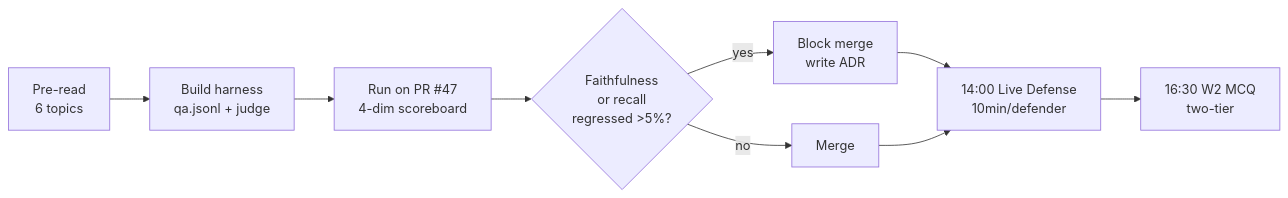
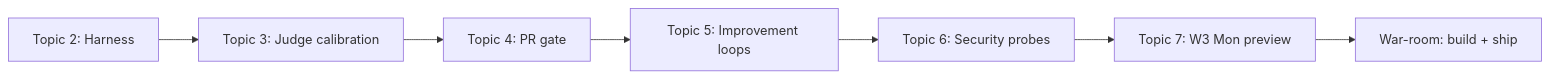
One commit to KarsunFDE/content changed the diagram in W02/pre-session/5-Friday/1-DailyTopicOverview.md. Above: the diagram before and after it, drawn with Mermaid. The commit also changed other lines of this file and 12 other files, not shown here.

````diff
--- a/W02/pre-session/5-Friday/1-DailyTopicOverview.md
+++ b/W02/pre-session/5-Friday/1-DailyTopicOverview.md
@@ -22,11 +34,9 @@
 ```mermaid
 graph LR
-    A[Pre-read<br/>6 topics] --> B[Build harness<br/>qa.jsonl + judge]
-    B --> C[Run on PR #47<br/>4-dim scoreboard]
-    C --> D{Faithfulness<br/>or recall<br/>regressed >5%?}
-    D -->|yes| E[Block merge<br/>write ADR]
-    D -->|no| F[Merge]
-    E --> G[14:00 Live Defense<br/>10min/defender]
-    F --> G
-    G --> H[16:30 W2 MCQ<br/>two-tier]
+    T2[Topic 2: Harness] --> T3[Topic 3: Judge calibration]
+    T3 --> T4[Topic 4: PR gate]
+    T4 --> T5[Topic 5: Improvement loops]
+    T5 --> T6[Topic 6: Security probes]
+    T6 --> T7[Topic 7: W3 Mon preview]
+    T7 --> WR[War-room: build + ship]
 ```
````
